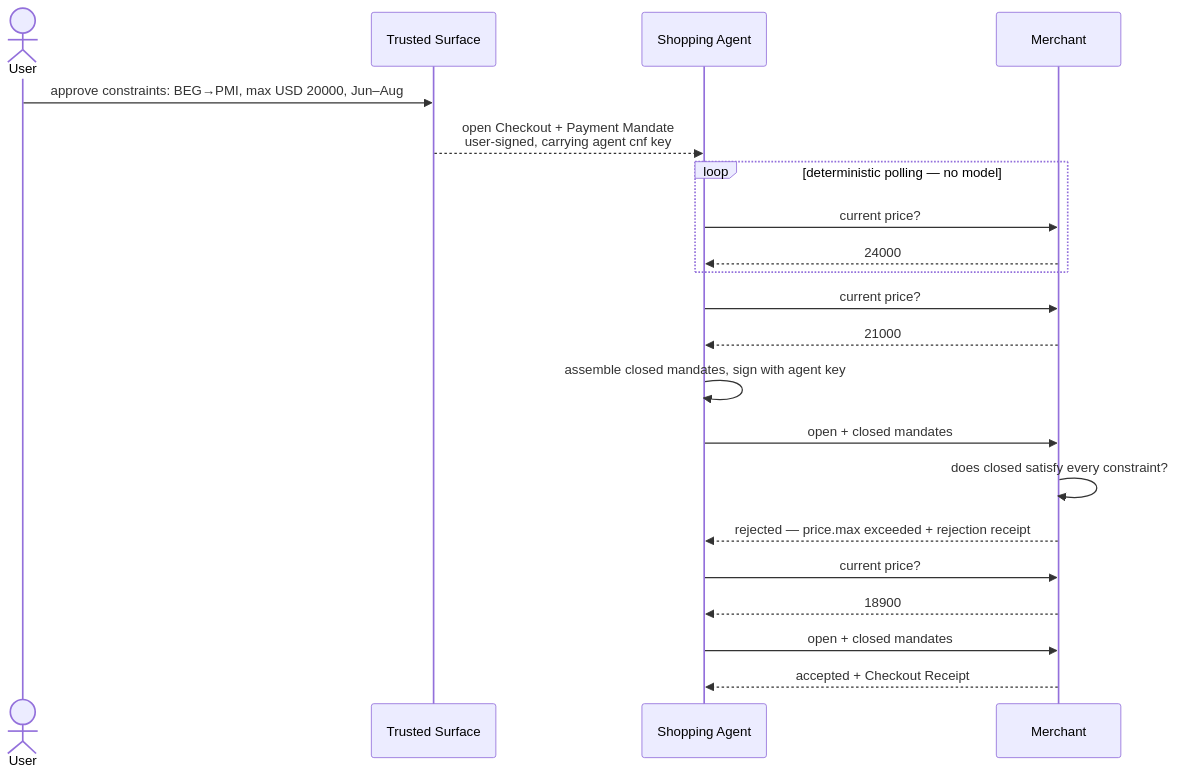
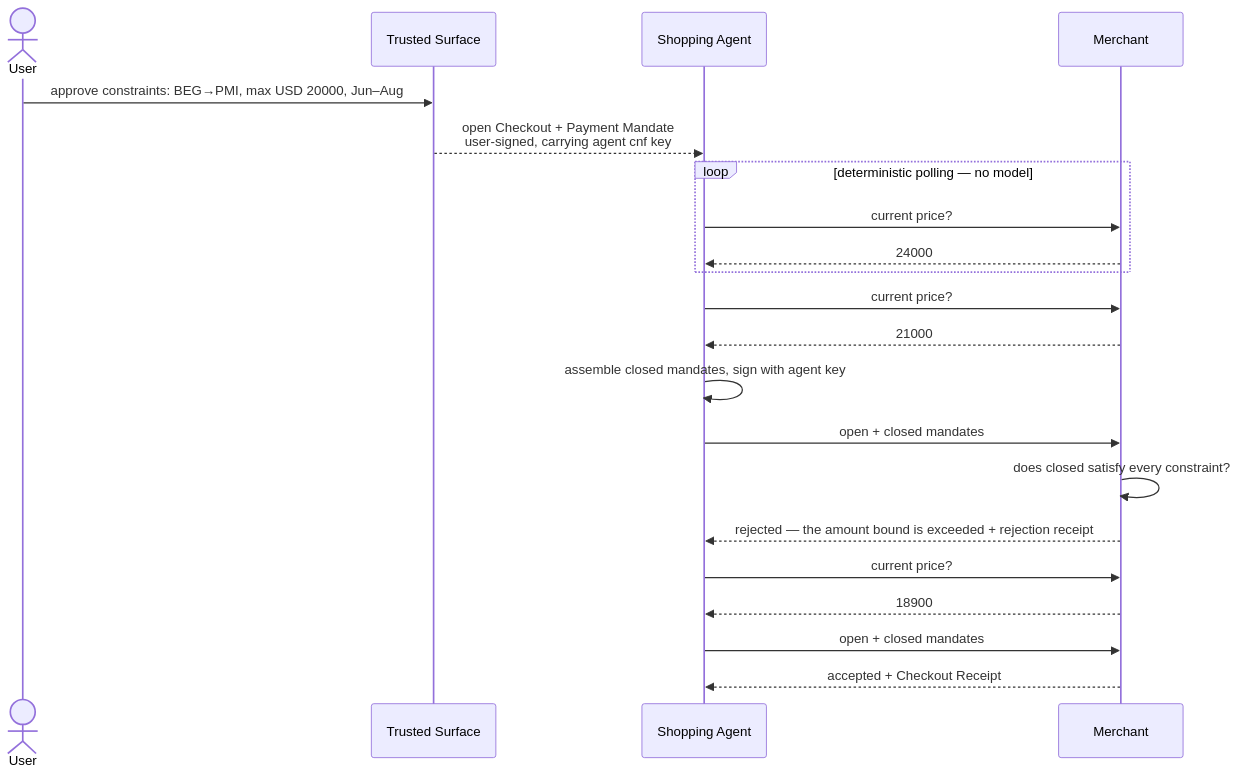
One commit to SkylinePlatform/agentic-payments changed the third of 6 diagrams in docs/protocols/ap2.md. Above: the diagram before and after it, drawn with Mermaid. The commit also changed other lines of this file and 16 other files, not shown here.

````diff
--- a/docs/protocols/ap2.md
+++ b/docs/protocols/ap2.md
@@ -221,23 +221,23 @@
 ```mermaid
 sequenceDiagram
     actor U as User
     participant S as Trusted Surface
     participant A as Shopping Agent
     participant M as Merchant
     U->>S: approve constraints: BEG→PMI, max USD 20000, Jun–Aug
     S-->>A: open Checkout + Payment Mandate<br/>user-signed, carrying agent cnf key
     loop deterministic polling — no model
         A->>M: current price?
         M-->>A: 24000
     end
     A->>M: current price?
     M-->>A: 21000
     A->>A: assemble closed mandates, sign with agent key
     A->>M: open + closed mandates
     M->>M: does closed satisfy every constraint?
-    M-->>A: rejected — price.max exceeded + rejection receipt
+    M-->>A: rejected — the amount bound is exceeded + rejection receipt
     A->>M: current price?
     M-->>A: 18900
     A->>M: open + closed mandates
     M-->>A: accepted + Checkout Receipt
 ```
````
